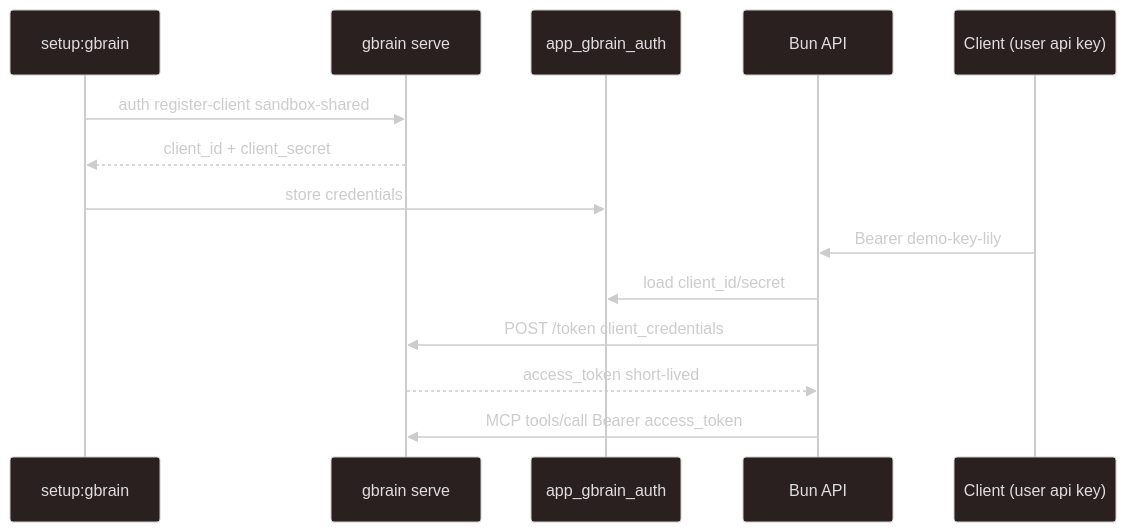
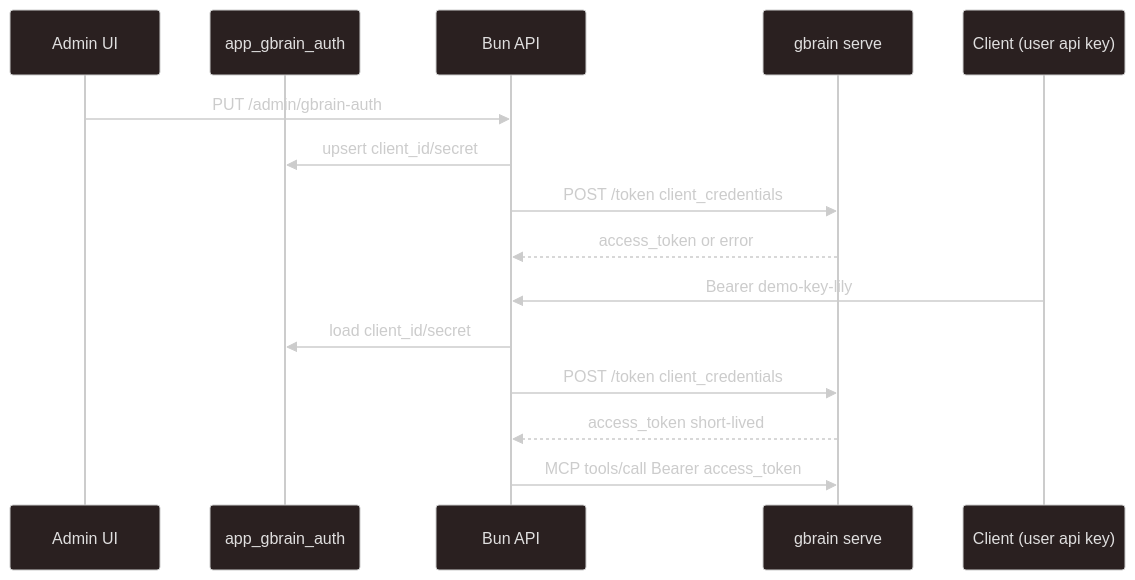
One commit to kyung-lee-official/gbrain-sandbox changed the second of 2 diagrams in README.md. Above: the diagram before and after it, drawn with Mermaid. The commit also changed other lines of this file and 30 other files, not shown here.

````diff
--- a/README.md
+++ b/README.md
@@ -230,19 +167,20 @@
 ```mermaid
 %%{init: {'theme': 'neo-dark'}}%%
 sequenceDiagram
-  participant Setup as setup:gbrain
-  participant Gbrain as gbrain serve
+  participant Admin as Admin UI
   participant DB as app_gbrain_auth
   participant Bun as Bun API
+  participant Gbrain as gbrain serve
   participant User as Client (user api key)
 
-  Setup->>Gbrain: auth register-client sandbox-shared
-  Gbrain-->>Setup: client_id + client_secret
-  Setup->>DB: store credentials
+  Admin->>Bun: PUT /admin/gbrain-auth
+  Bun->>DB: upsert client_id/secret
+  Bun->>Gbrain: POST /token client_credentials
+  Gbrain-->>Bun: access_token or error
 
   User->>Bun: Bearer demo-key-lily
   Bun->>DB: load client_id/secret
   Bun->>Gbrain: POST /token client_credentials
   Gbrain-->>Bun: access_token short-lived
   Bun->>Gbrain: MCP tools/call Bearer access_token
 ```
````
